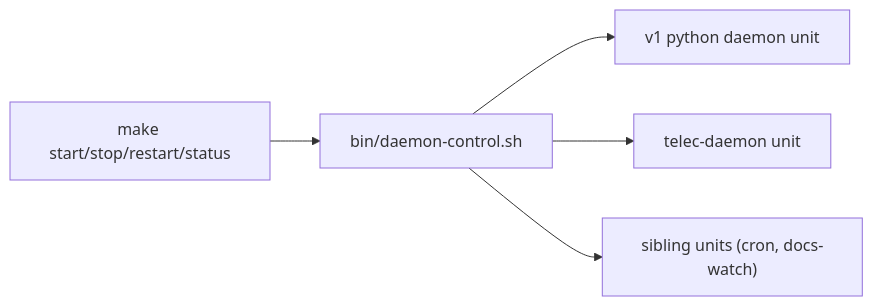
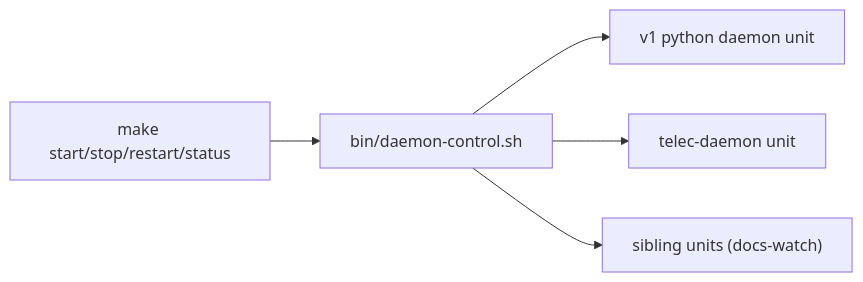
The second of 2 diagrams in docs/project/design/architecture-v2/daemon-runtime.md (InstruktAI/TeleClaude), drawn with Mermaid before and after one commit. The commit also changed 2 other files, not shown here.

Commit message:
docs(v2-scheduler): contract-only scheduler snippet + ADR-0049 for the decision
Keep the transport-rules scheduler-loop paragraph to present-tense contract and
move the daemon-loop-over-host-cron reasoning into ADR-0049 (linked from See
Also), per snippet narration discipline. Drop the obsolete 'cron' sibling unit
from daemon-runtime's operator-control diagram so the managed-unit set matches
the in-daemon-loop contract.

🤖 Generated with [TeleClaude](https://github.com/InstruktAI/TeleClaude)

````diff
--- a/docs/project/design/architecture-v2/daemon-runtime.md
+++ b/docs/project/design/architecture-v2/daemon-runtime.md
@@ -134,7 +134,7 @@
 ```mermaid
 flowchart LR
     M["make start/stop/restart/status"] --> DC["bin/daemon-control.sh"]
     DC --> U1["v1 python daemon unit"]
     DC --> U2["telec-daemon unit"]
-    DC --> U3["sibling units (cron, docs-watch)"]
+    DC --> U3["sibling units (docs-watch)"]
 ```
````
